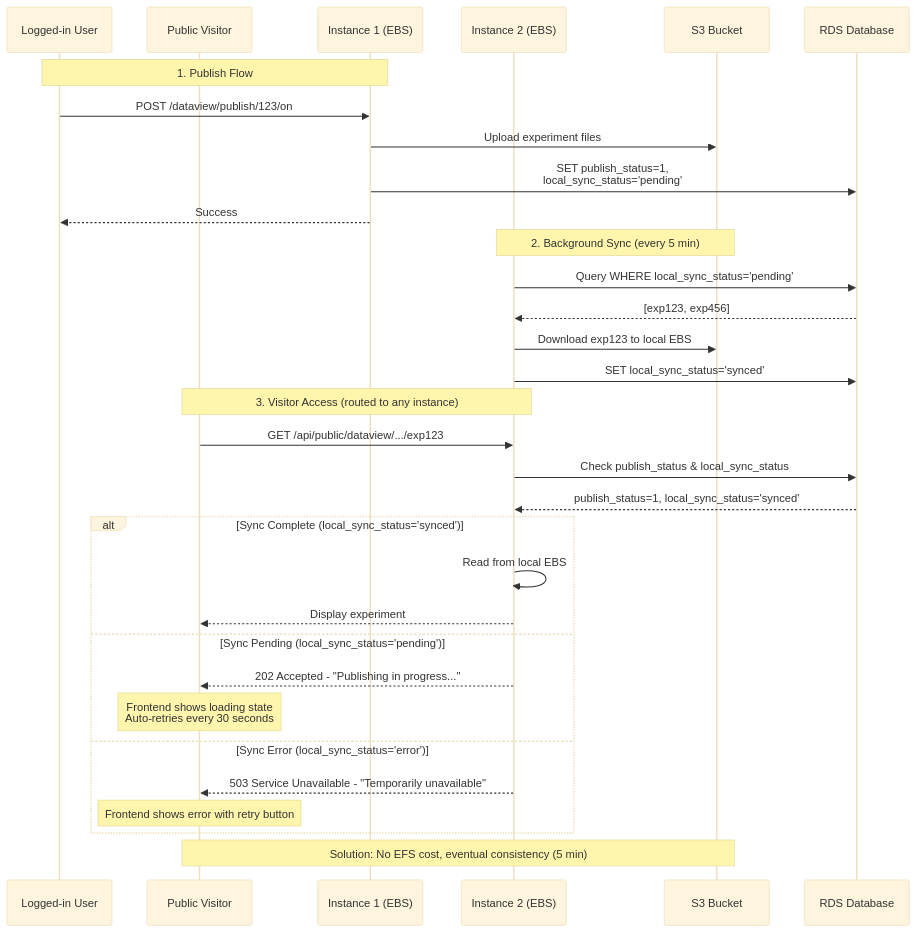
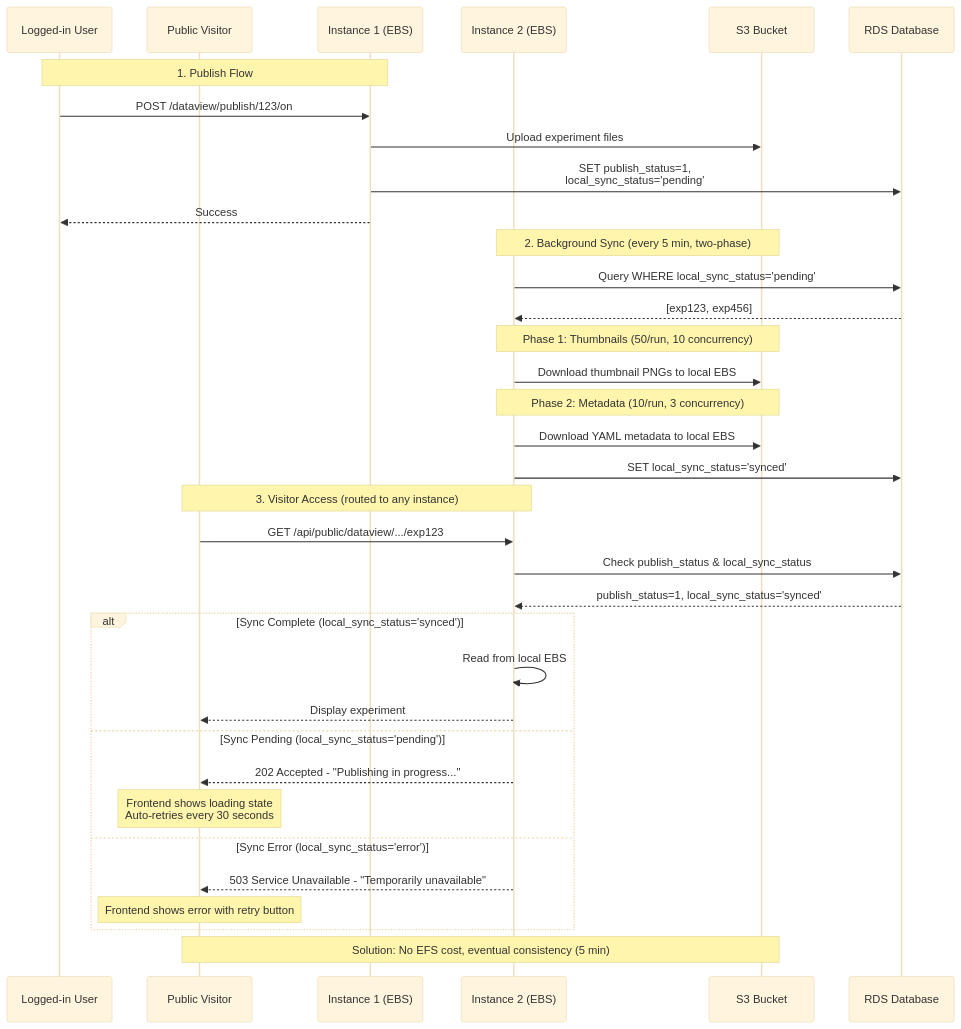
Before and after one commit to arayabrain/araya-optinist: the first of 2 diagrams in infrastructure/documentation/EBS_STORAGE_ARCHITECTURE.md, drawn with Mermaid (base theme). The commit also changed other lines of this file and 11 other files, not shown here.

````diff
--- a/infrastructure/documentation/EBS_STORAGE_ARCHITECTURE.md
+++ b/infrastructure/documentation/EBS_STORAGE_ARCHITECTURE.md
@@ -203,39 +242,42 @@
 ```mermaid
 sequenceDiagram
     participant User as Logged-in User
     participant Visitor as Public Visitor
     participant Inst1 as Instance 1 (EBS)
     participant Inst2 as Instance 2 (EBS)
     participant S3 as S3 Bucket
     participant DB as RDS Database
 
     Note over User,Inst1: 1. Publish Flow
     User->>Inst1: POST /dataview/publish/123/on
     Inst1->>S3: Upload experiment files
     Inst1->>DB: SET publish_status=1,<br/>local_sync_status='pending'
     Inst1-->>User: Success
 
-    Note over Inst2,S3: 2. Background Sync (every 5 min)
+    Note over Inst2,S3: 2. Background Sync (every 5 min, two-phase)
     Inst2->>DB: Query WHERE local_sync_status='pending'
     DB-->>Inst2: [exp123, exp456]
-    Inst2->>S3: Download exp123 to local EBS
+    Note over Inst2,S3: Phase 1: Thumbnails (50/run, 10 concurrency)
+    Inst2->>S3: Download thumbnail PNGs to local EBS
+    Note over Inst2,S3: Phase 2: Metadata (10/run, 3 concurrency)
+    Inst2->>S3: Download YAML metadata to local EBS
     Inst2->>DB: SET local_sync_status='synced'
 
     Note over Visitor,Inst2: 3. Visitor Access (routed to any instance)
     Visitor->>Inst2: GET /api/public/dataview/.../exp123
     Inst2->>DB: Check publish_status & local_sync_status
     DB-->>Inst2: publish_status=1, local_sync_status='synced'
 
     alt Sync Complete (local_sync_status='synced')
         Inst2->>Inst2: Read from local EBS
         Inst2-->>Visitor:  Display experiment
     else Sync Pending (local_sync_status='pending')
         Inst2-->>Visitor: 202 Accepted - "Publishing in progress..."
         Note over Visitor: Frontend shows loading state<br/>Auto-retries every 30 seconds
     else Sync Error (local_sync_status='error')
         Inst2-->>Visitor: 503 Service Unavailable - "Temporarily unavailable"
         Note over Visitor: Frontend shows error with retry button
     end
 
     Note over Visitor,S3:  Solution: No EFS cost, eventual consistency (5 min)
 ```
````
